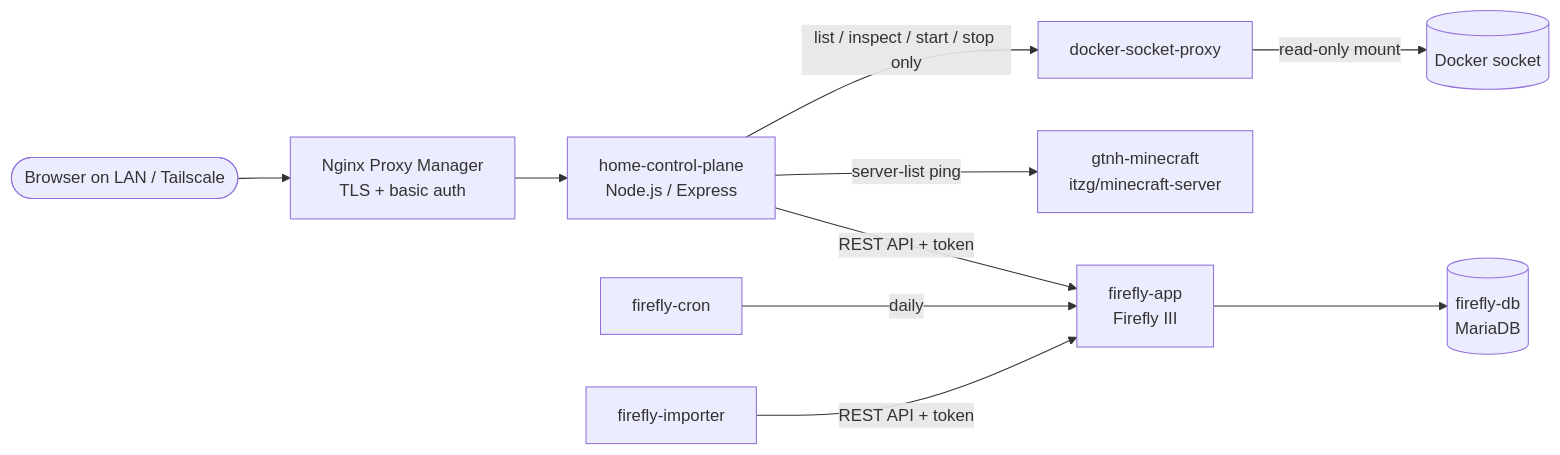
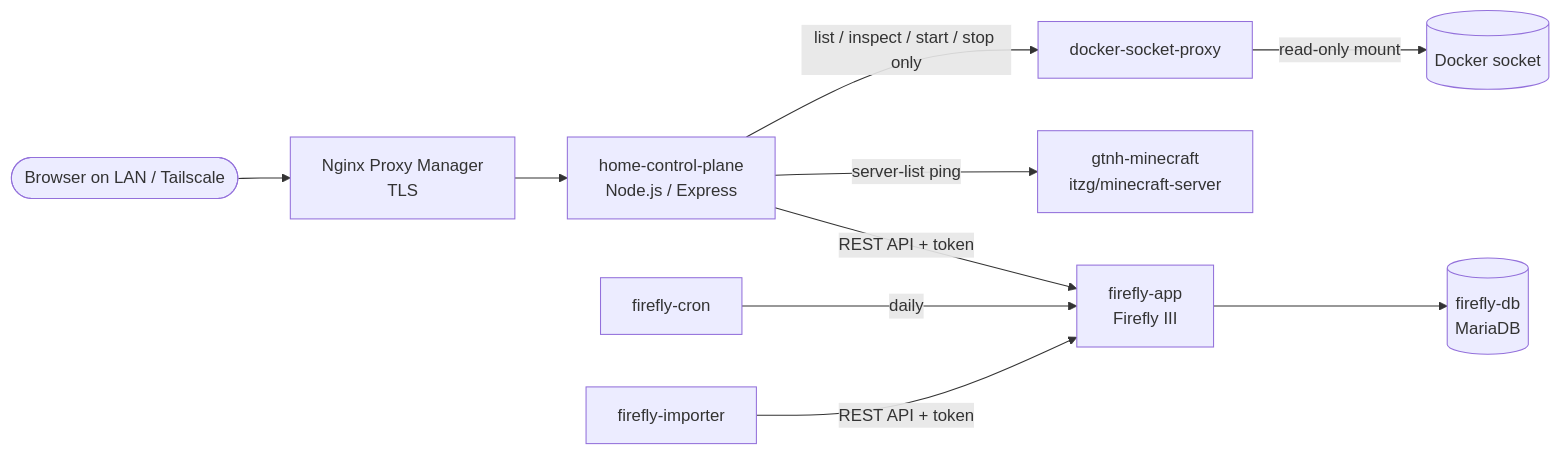
Before and after one commit to NathanGramm/HomeControlPlane: the diagram in README.md, drawn with Mermaid. The commit also changed other lines of this file and 7 other files, not shown here.

````diff
--- a/README.md
+++ b/README.md
@@ -29,12 +29,12 @@
 ```mermaid
 flowchart LR
-    user([Browser on LAN / Tailscale]) --> npm[Nginx Proxy Manager<br/>TLS + basic auth]
+    user([Browser on LAN / Tailscale]) --> npm[Nginx Proxy Manager<br/>TLS]
     npm --> hcp[home-control-plane<br/>Node.js / Express]
     hcp -->|list / inspect / start / stop only| proxy[docker-socket-proxy]
     proxy -->|read-only mount| sock[(Docker socket)]
     hcp -->|server-list ping| mc[gtnh-minecraft<br/>itzg/minecraft-server]
     hcp -->|REST API + token| ff[firefly-app<br/>Firefly III]
     ff --> db[(firefly-db<br/>MariaDB)]
     cron[firefly-cron] -->|daily| ff
     imp[firefly-importer] -->|REST API + token| ff
 ```
````
